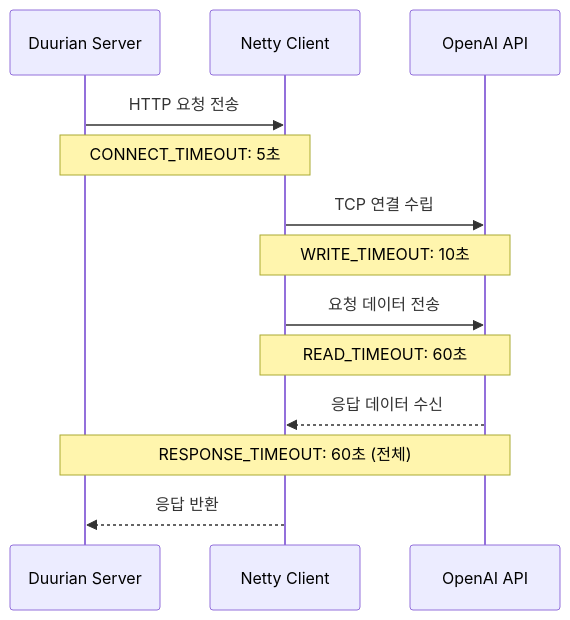
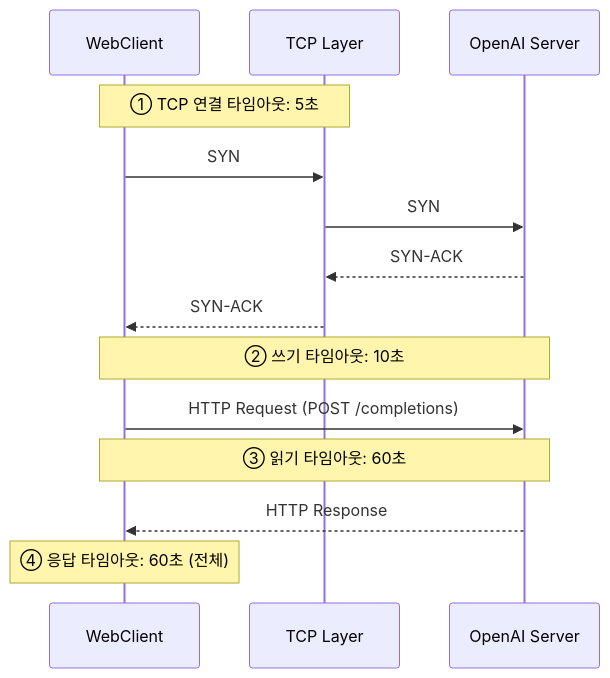
The third of 6 diagrams in _posts/2026-02-06-spring-webflux-openai-api-호출-최적화-개발기.md (jiwon11/jiwon11.github.io), drawn with Mermaid before and after one commit. The commit also changed other lines of this file and 4 other files, not shown here.

````diff
--- a/_posts/2026-02-06-spring-webflux-openai-api-호출-최적화-개발기.md
+++ b/_posts/2026-02-06-spring-webflux-openai-api-호출-최적화-개발기.md
@@ -123,16 +142,20 @@
 ```mermaid
 sequenceDiagram
-    participant App as Duurian Server
-    participant Net as Netty Client
-    participant API as OpenAI API
+    participant Client as WebClient
+    participant TCP as TCP Layer
+    participant Server as OpenAI Server
 
-    App->>Net: HTTP 요청 전송
-    Note over App,Net: CONNECT_TIMEOUT: 5초
-    Net->>API: TCP 연결 수립
-    Note over Net,API: WRITE_TIMEOUT: 10초
-    Net->>API: 요청 데이터 전송
-    Note over Net,API: READ_TIMEOUT: 60초
-    API-->>Net: 응답 데이터 수신
-    Note over App,API: RESPONSE_TIMEOUT: 60초 (전체)
-    Net-->>App: 응답 반환
+    Note over Client,TCP: ① TCP 연결 타임아웃: 5초
+    Client->>TCP: SYN
+    TCP->>Server: SYN
+    Server-->>TCP: SYN-ACK
+    TCP-->>Client: SYN-ACK
+
+    Note over Client,Server: ② 쓰기 타임아웃: 10초
+    Client->>Server: HTTP Request (POST /completions)
+
+    Note over Client,Server: ③ 읽기 타임아웃: 60초
+    Server-->>Client: HTTP Response
+
+    Note over Client: ④ 응답 타임아웃: 60초 (전체)
 ```
````
